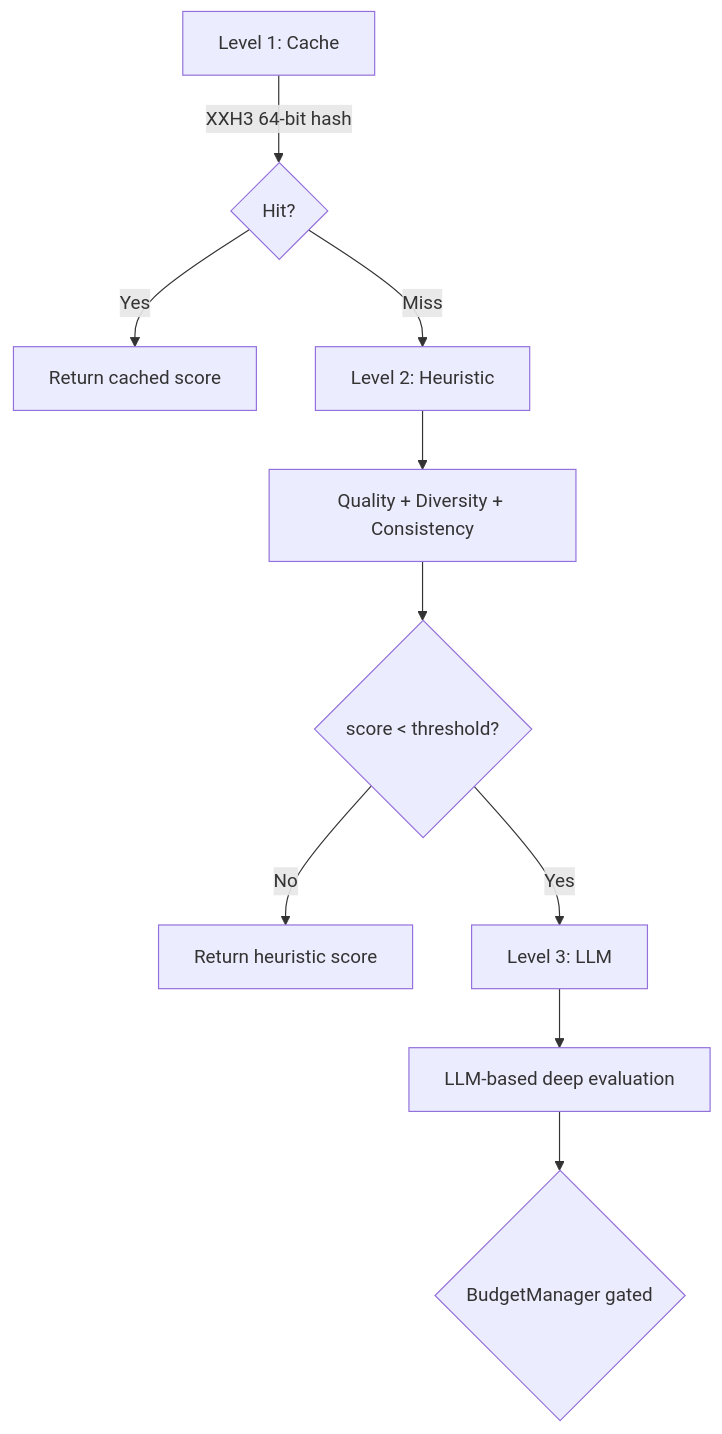
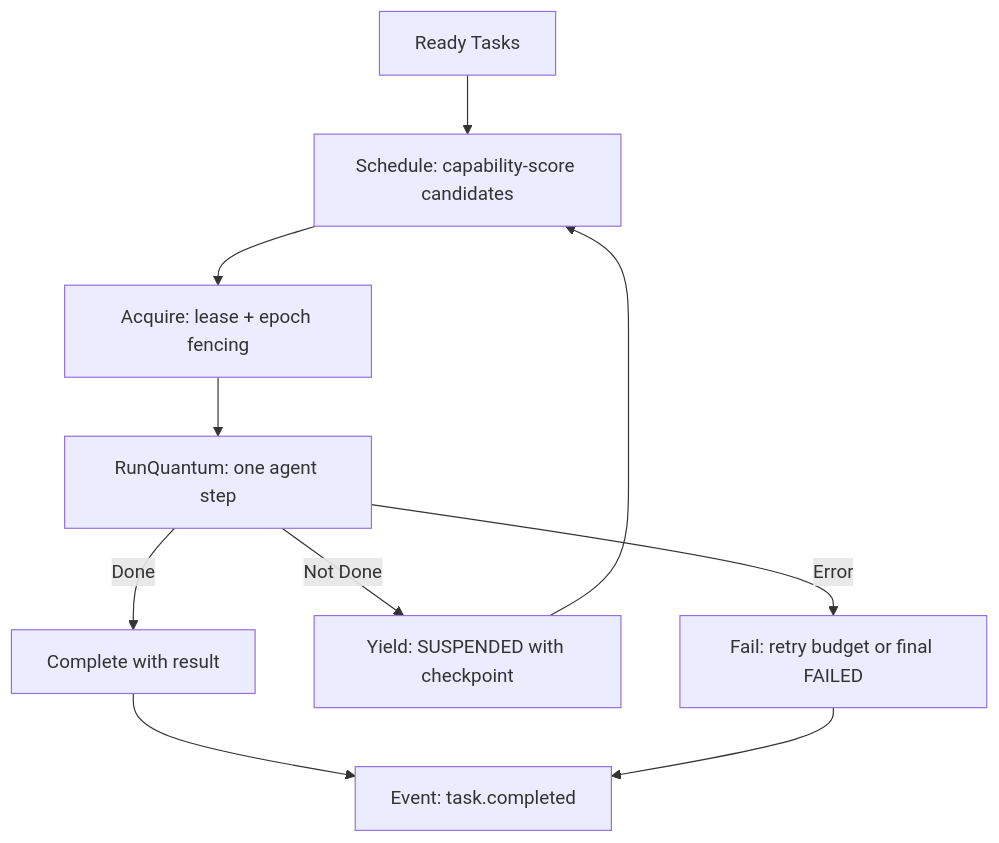
Before and after one commit to Timwood0x10/ARES: the second of 2 diagrams in docs/framework-comparison-langchain-crewai-agentscope-goagent-en.md, drawn with Mermaid. The commit also changed other lines of this file and 9 other files, not shown here.

````diff
--- a/docs/framework-comparison-langchain-crewai-agentscope-goagent-en.md
+++ b/docs/framework-comparison-langchain-crewai-agentscope-goagent-en.md
@@ -566,14 +98,12 @@
 ```mermaid
 flowchart TD
-    L1[Level 1: Cache] -->|XXH3 64-bit hash| Hit1{Hit?}
-    Hit1 -->|Yes| Return1[Return cached score]
-    Hit1 -->|Miss| L2[Level 2: Heuristic]
-
-    L2 --> Heuristic[Quality + Diversity + Consistency]
-    Heuristic --> Check{score < threshold?}
-    Check -->|No| Return2[Return heuristic score]
-    Check -->|Yes| L3[Level 3: LLM]
-
-    L3 --> LLM[LLM-based deep evaluation]
-    LLM --> Budget{BudgetManager gated}
+    Ready[Ready Tasks] --> Schedule[Schedule: capability-score candidates]
+    Schedule --> Acquire[Acquire: lease + epoch fencing]
+    Acquire --> Quantum[RunQuantum: one agent step]
+    Quantum -->|Done| Complete[Complete with result]
+    Quantum -->|Not Done| Yield[Yield: SUSPENDED with checkpoint]
+    Quantum -->|Error| Fail[Fail: retry budget or final FAILED]
+    Yield --> Schedule
+    Complete --> Event[Event: task.completed]
+    Fail --> Event
 ```
````
